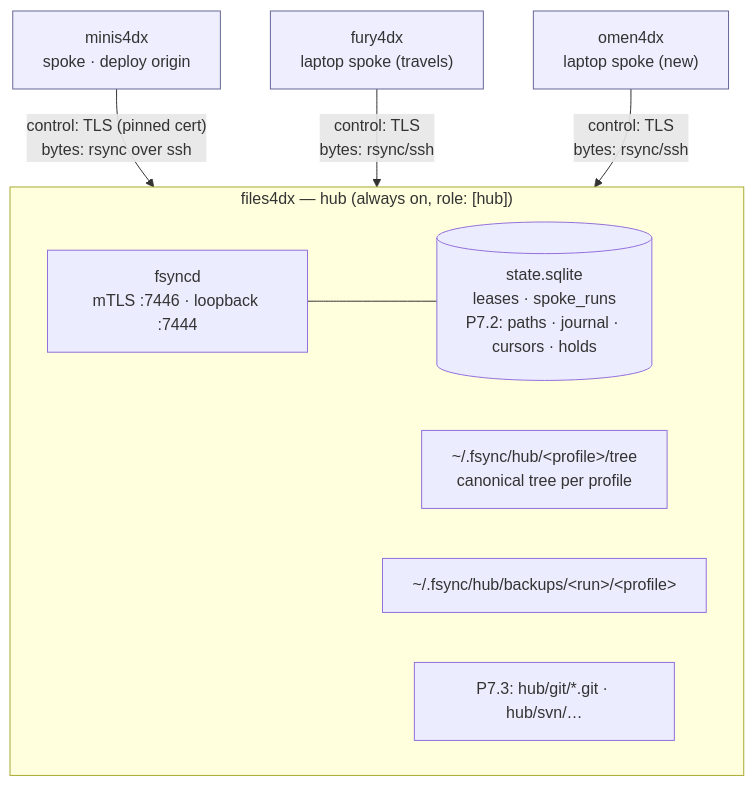
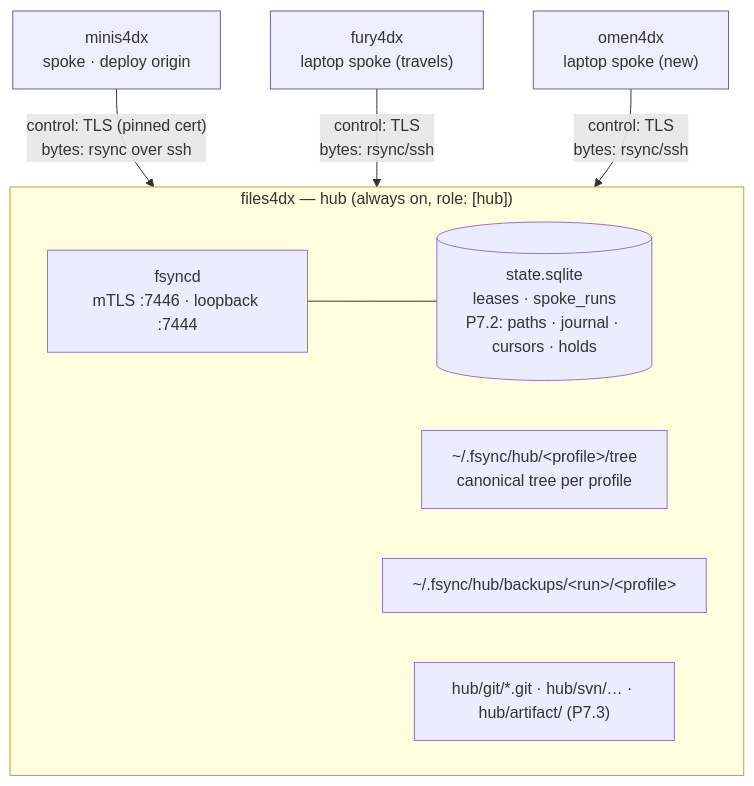
One commit to dx4homelab/fsync changed the first of 7 diagrams in docs/hub-architecture.md. Above: the diagram before and after it, drawn with Mermaid. The commit also changed other lines of this file and 11 other files, not shown here.

````diff
--- a/docs/hub-architecture.md
+++ b/docs/hub-architecture.md
@@ -10,22 +10,22 @@
 ```mermaid
 flowchart TB
     subgraph HUB["files4dx — hub (always on, role: [hub])"]
         D["fsyncd<br/>mTLS :7446 · loopback :7444"]
         T["~/.fsync/hub/&lt;profile&gt;/tree<br/>canonical tree per profile"]
         S[("state.sqlite<br/>leases · spoke_runs<br/>P7.2: paths · journal · cursors · holds")]
         B["~/.fsync/hub/backups/&lt;run&gt;/&lt;profile&gt;"]
-        G["P7.3: hub/git/*.git · hub/svn/…"]
+        G["hub/git/*.git · hub/svn/… · hub/artifact/ (P7.3)"]
         D --- S
     end
 
     M["minis4dx<br/>spoke · deploy origin"]
     F["fury4dx<br/>laptop spoke (travels)"]
     O["omen4dx<br/>laptop spoke (new)"]
 
     M -- "control: TLS (pinned cert)<br/>bytes: rsync over ssh" --> HUB
     F -- "control: TLS<br/>bytes: rsync/ssh" --> HUB
     O -- "control: TLS<br/>bytes: rsync/ssh" --> HUB
 
     classDef spoke fill:#eef,stroke:#669;
     class M,F,O spoke;
 ```
````
